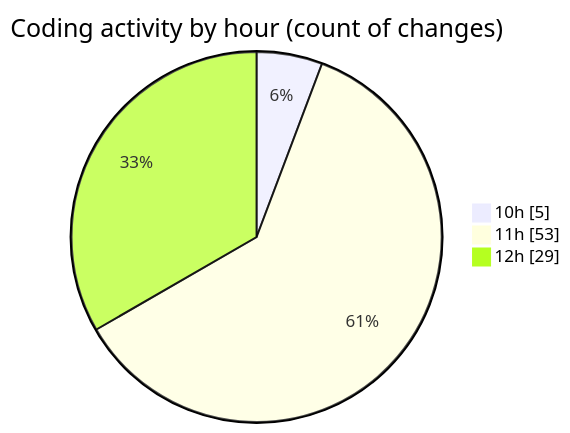
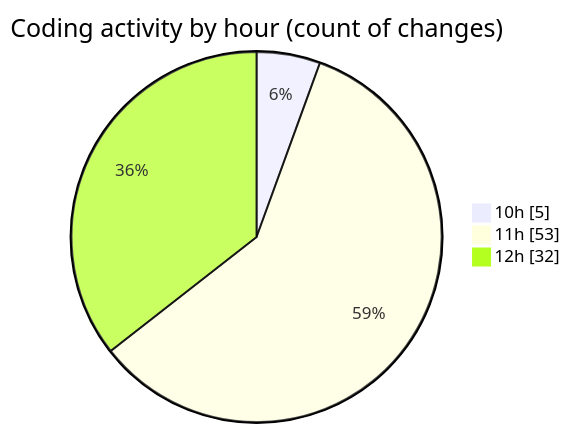
The second of 2 diagrams in 2025-06-17/cda/README.md (momahboobian/code-tracking), drawn with Mermaid before and after one commit. The commit also changed other lines of this file and 1 other file, not shown here.

````diff
--- a/2025-06-17/cda/README.md
+++ b/2025-06-17/cda/README.md
@@ -32,7 +32,7 @@
 ```mermaid
 pie showData
 title Coding activity by hour (count of changes)
 "10h" : 5
 "11h" : 53
-"12h" : 29
+"12h" : 32
 ```
````
